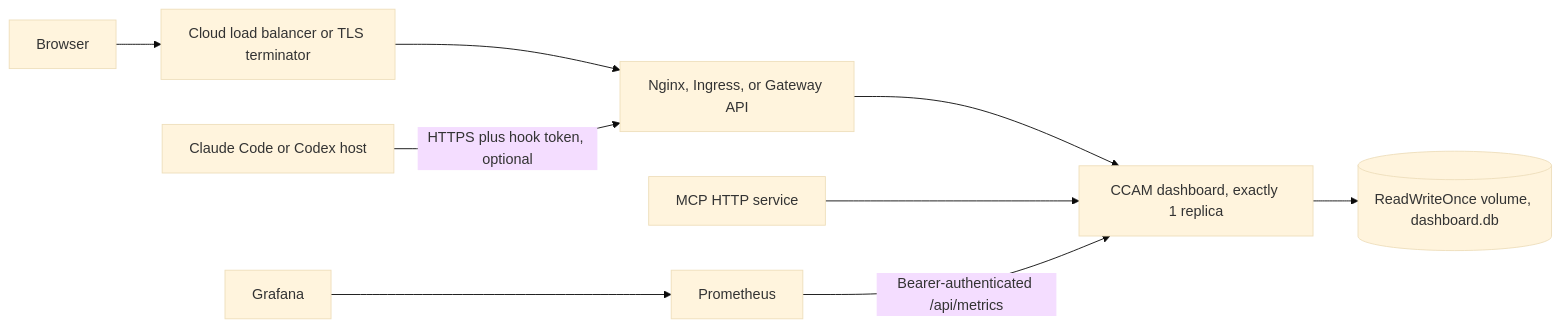
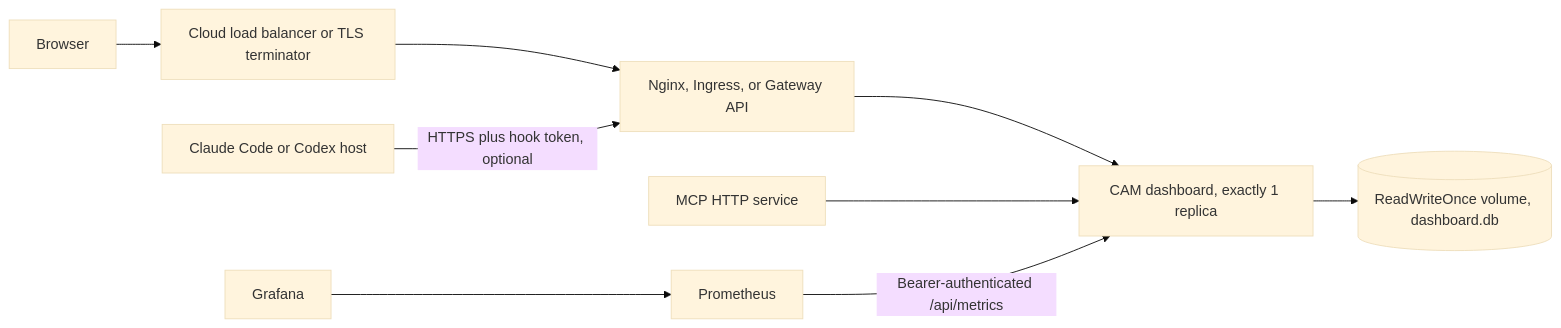
Before and after one commit to buluma/Code-Agent-Monitor: the diagram in DEPLOYMENT.md, drawn with Mermaid (base theme). The commit also changed other lines of this file and 500 other files, not shown here.

First line of the commit message:
refactor!: rename CCAM to CAM across all surfaces (#20)

````diff
--- a/DEPLOYMENT.md
+++ b/DEPLOYMENT.md
@@ -13,11 +13,11 @@
 ```mermaid
 flowchart LR
   USER[Browser] --> TLS[Cloud load balancer or TLS terminator]
   TLS --> EDGE[Nginx, Ingress, or Gateway API]
-  EDGE --> APP[CCAM dashboard, exactly 1 replica]
+  EDGE --> APP[CAM dashboard, exactly 1 replica]
   APP --> PVC[(ReadWriteOnce volume, dashboard.db)]
   MCP[MCP HTTP service] --> APP
   PROM[Prometheus] -->|Bearer-authenticated /api/metrics| APP
   GRAFANA[Grafana] --> PROM
   HOST[Claude Code or Codex host] -->|HTTPS plus hook token, optional| EDGE
 ```
````
